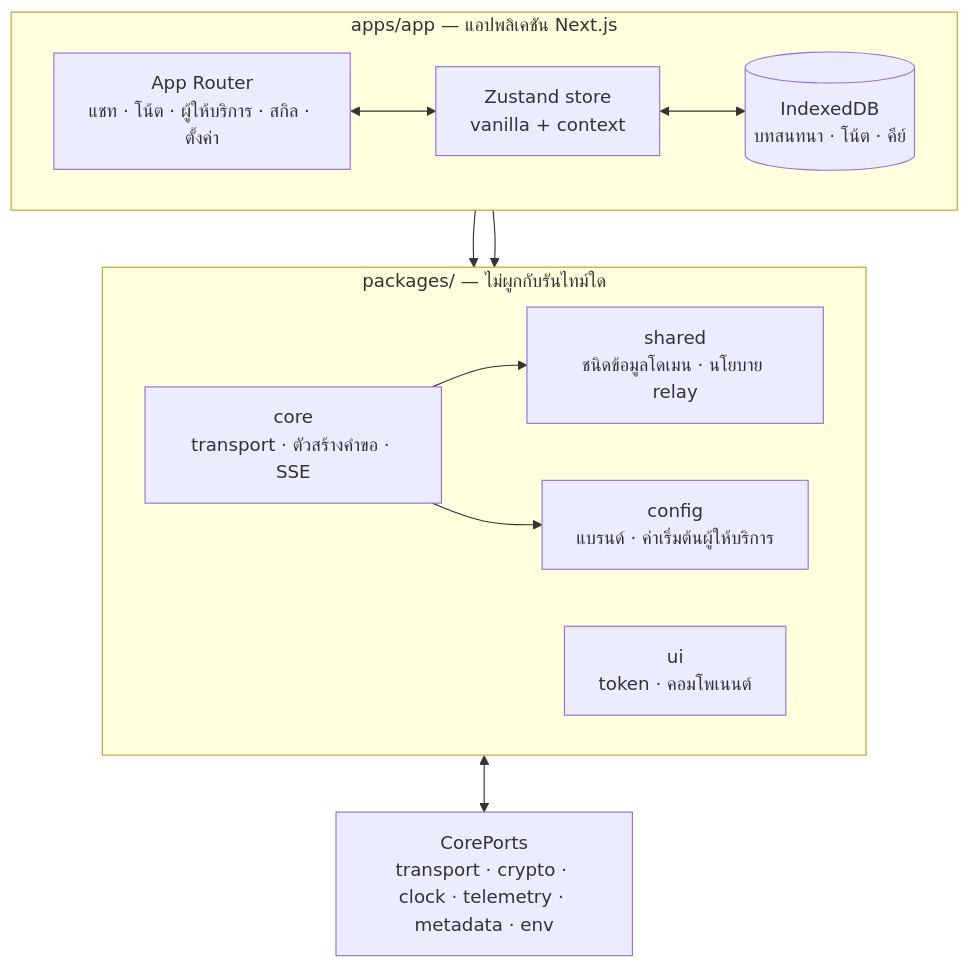
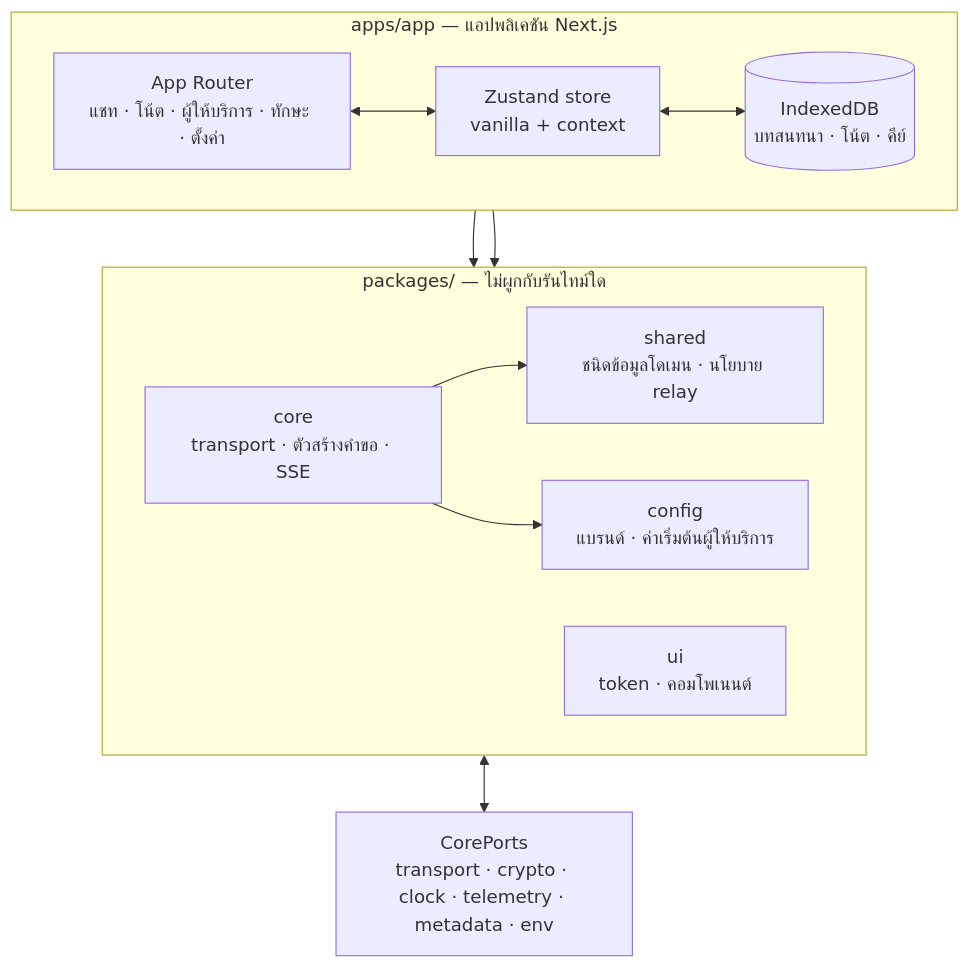
One commit to oriveo/oriveo changed the second of 2 diagrams in readme_i18n/th/web.md. Above: the diagram before and after it, drawn with Mermaid. The commit also changed other lines of this file and 89 other files, not shown here.

````diff
--- a/readme_i18n/th/web.md
+++ b/readme_i18n/th/web.md
@@ -122,25 +123,25 @@
 ```mermaid
 flowchart TB
     subgraph app ["apps/app — แอปพลิเคชัน Next.js"]
         direction LR
-        routes["App Router<br/>แชท · โน้ต · ผู้ให้บริการ · สกิล · ตั้งค่า"]
+        routes["App Router<br/>แชท · โน้ต · ผู้ให้บริการ · ทักษะ · ตั้งค่า"]
         store["Zustand store<br/>vanilla + context"]
         idb[("IndexedDB<br/>บทสนทนา · โน้ต · คีย์")]
     end
 
     subgraph pkgs ["packages/ — ไม่ผูกกับรันไทม์ใด"]
         direction LR
         core["core<br/>transport · ตัวสร้างคำขอ · SSE"]
         shared["shared<br/>ชนิดข้อมูลโดเมน · นโยบาย relay"]
         ui["ui<br/>token · คอมโพเนนต์"]
         config["config<br/>แบรนด์ · ค่าเริ่มต้นผู้ให้บริการ"]
     end
 
     ports["CorePorts<br/>transport · crypto · clock · telemetry · metadata · env"]
 
     routes <--> store <--> idb
     store --> core
     core --> shared & config
     routes --> ui
     core <--> ports
 ```
````
